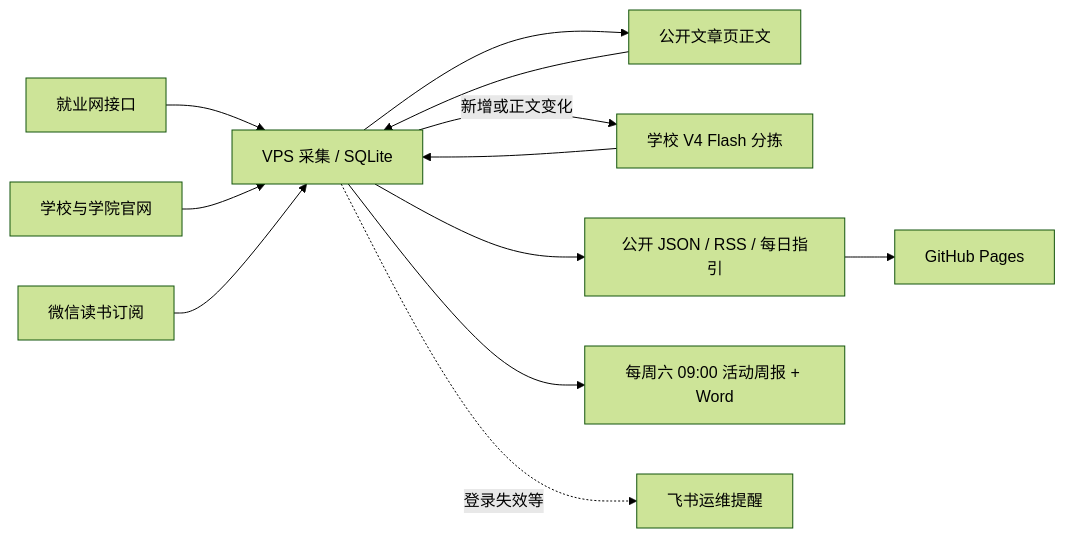
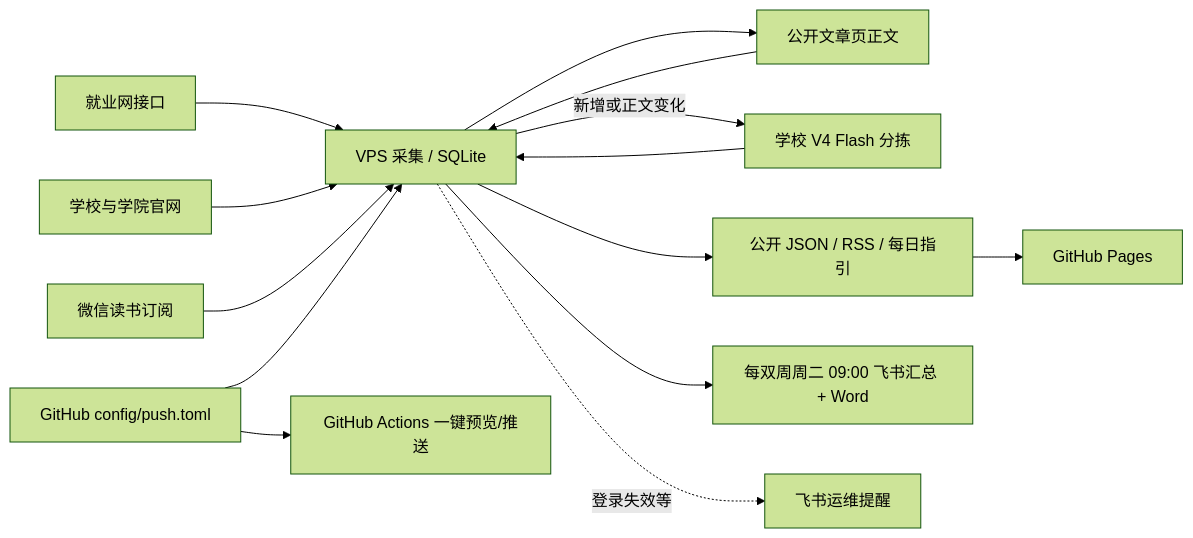
The diagram in README.md (lankerr/bit-student-feed), drawn with Mermaid (forest theme) before and after one commit. The commit also changed other lines of this file and 25 other files, not shown here.

Commit message:
Switch digest to biweekly Tuesday (Fri-to-Fri all items) with GitHub push.toml & Actions UI

````diff
--- a/README.md
+++ b/README.md
@@ -32,14 +40,16 @@
 ```mermaid
 flowchart LR
   J[就业网接口] --> V[VPS 采集 / SQLite]
   W[学校与学院官网] --> V
   R[微信读书订阅] --> V
   V --> B[公开文章页正文]
   B --> V
   V -->|新增或正文变化| S[学校 V4 Flash 分拣]
   S --> V
   V --> P[公开 JSON / RSS / 每日指引]
   P --> G[GitHub Pages]
-  V --> F[每周六 09:00 活动周报 + Word]
+  C[GitHub config/push.toml] --> V
+  C --> A[GitHub Actions 一键预览/推送]
+  V --> F[每双周周二 09:00 飞书汇总 + Word]
   V -.登录失效等.-> O[飞书运维提醒]
 ```
````
